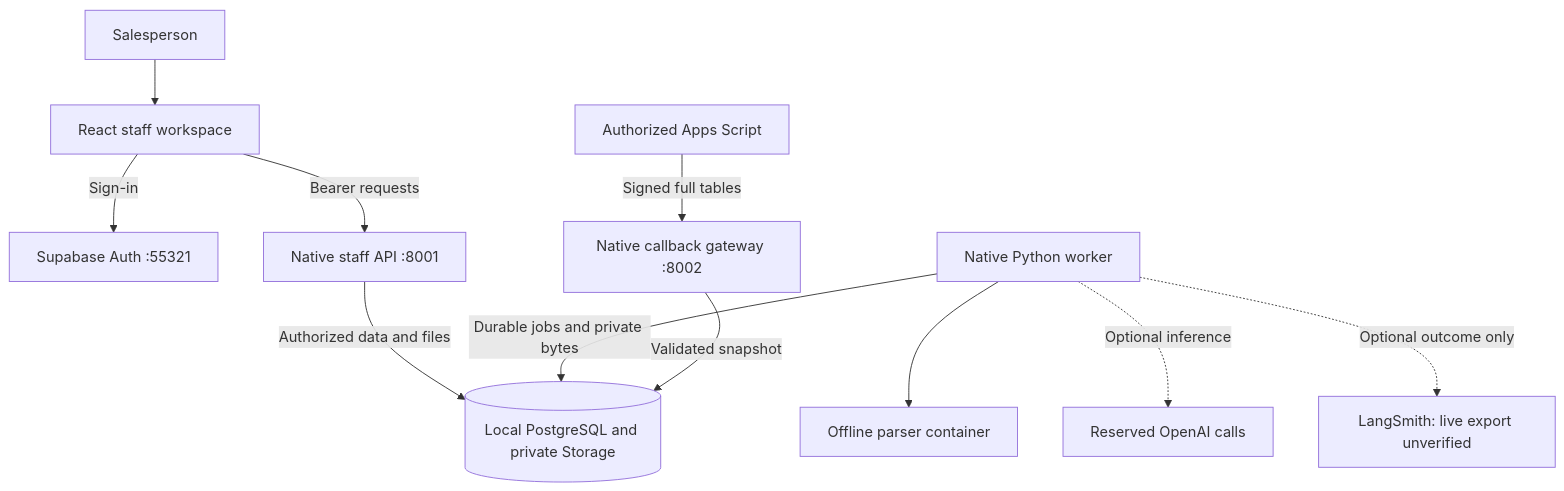
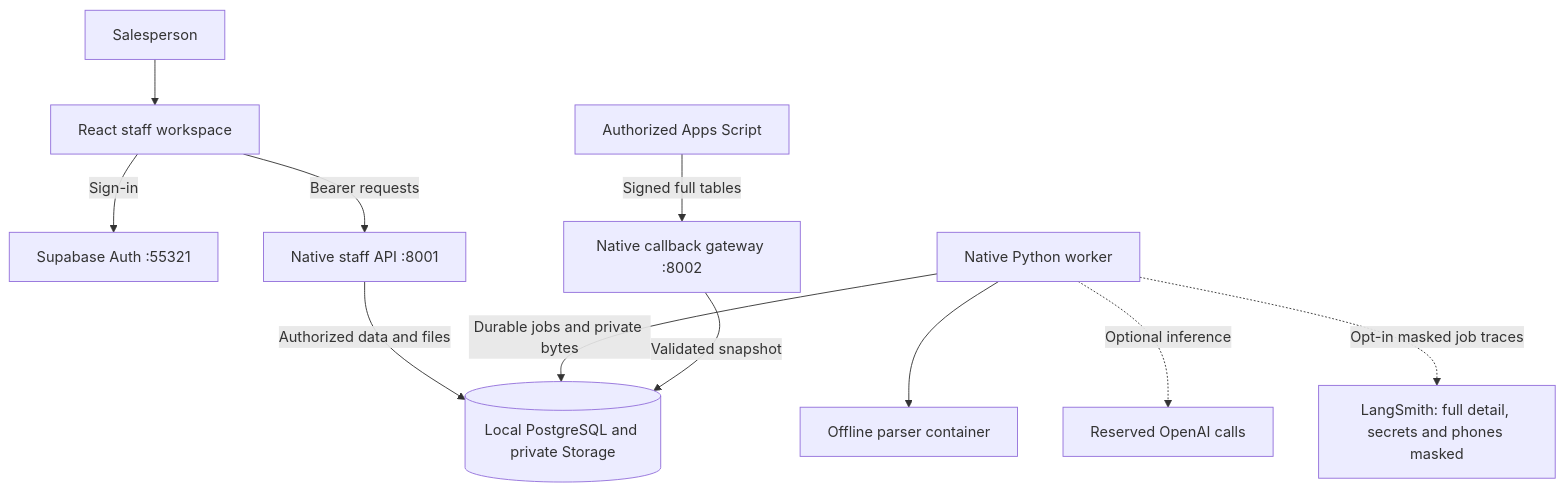
Before and after one commit to Nagdy8888/lumaquote: the diagram in docs/ARCHITECTURE.md, drawn with Mermaid. The commit also changed 31 other files, not shown here.

First line of the commit message:
feat: export masked full-detail LangSmith traces per worker job

````diff
--- a/docs/ARCHITECTURE.md
+++ b/docs/ARCHITECTURE.md
@@ -25,17 +25,17 @@
 ```mermaid
 flowchart TB
   accTitle: LumaQuote process and trust boundaries
-  accDescr: Staff uses native React and FastAPI. A native worker shares local private business storage and runs an offline parser. A separate signed gateway accepts GAS snapshots. OpenAI and outcome tracing remain optional, with no live WhatsApp sender shown.
+  accDescr: Staff uses native React and FastAPI. A native worker shares local private business storage and runs an offline parser. A separate signed gateway accepts GAS snapshots. OpenAI and masked LangSmith job tracing are optional, with no live WhatsApp sender shown.
   Staff["Salesperson"] --> UI["React staff workspace"]
   UI -->|Sign-in| Auth["Supabase Auth :55321"]
   UI -->|Bearer requests| API["Native staff API :8001"]
   API -->|Authorized data and files| Data[("Local PostgreSQL and private Storage")]
   Worker["Native Python worker"] -->|Durable jobs and private bytes| Data
   Worker --> Parser["Offline parser container"]
   Worker -. Optional inference .-> OpenAI["Reserved OpenAI calls"]
-  Worker -. Optional outcome only .-> Traces["LangSmith: live export unverified"]
+  Worker -. Opt-in masked job traces .-> Traces["LangSmith: full detail, secrets and phones masked"]
   GAS["Authorized Apps Script"] -->|Signed full tables| Gateway["Native callback gateway :8002"]
   Gateway -->|Validated snapshot| Data
   %% This process-level view is complemented by exact Auth checks in staff-operation.
   %% Auth, PostgreSQL and Storage run in local Supabase Docker; application processes are native.
 ```
````
